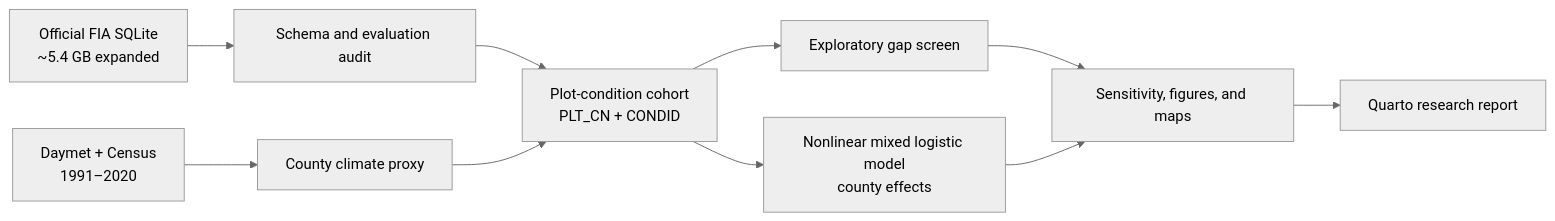
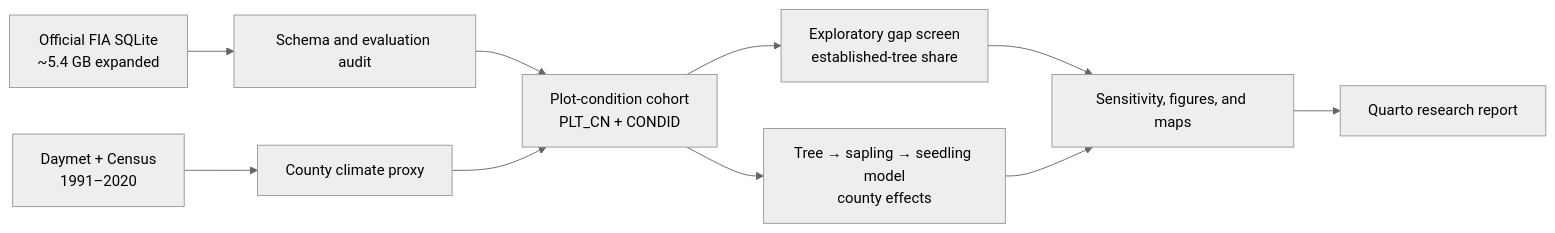
The diagram in README.md (dineshpotla/canopy-to-cohort), drawn with Mermaid (neutral theme) before and after one commit. The commit also changed other lines of this file and 59 other files, not shown here.

````diff
--- a/README.md
+++ b/README.md
@@ -43,12 +43,12 @@
 ```mermaid
 flowchart LR
     A["Official FIA SQLite<br/>~5.4 GB expanded"] --> B["Schema and evaluation audit"]
     C["Daymet + Census<br/>1991–2020"] --> D["County climate proxy"]
     B --> E["Plot-condition cohort<br/>PLT_CN + CONDID"]
     D --> E
-    E --> F["Exploratory gap screen"]
-    E --> G["Nonlinear mixed logistic model<br/>county effects"]
+    E --> F["Exploratory gap screen<br/>established-tree share"]
+    E --> G["Tree → sapling → seedling model<br/>county effects"]
     F --> H["Sensitivity, figures, and maps"]
     G --> H
     H --> I["Quarto research report"]
 ```
````
